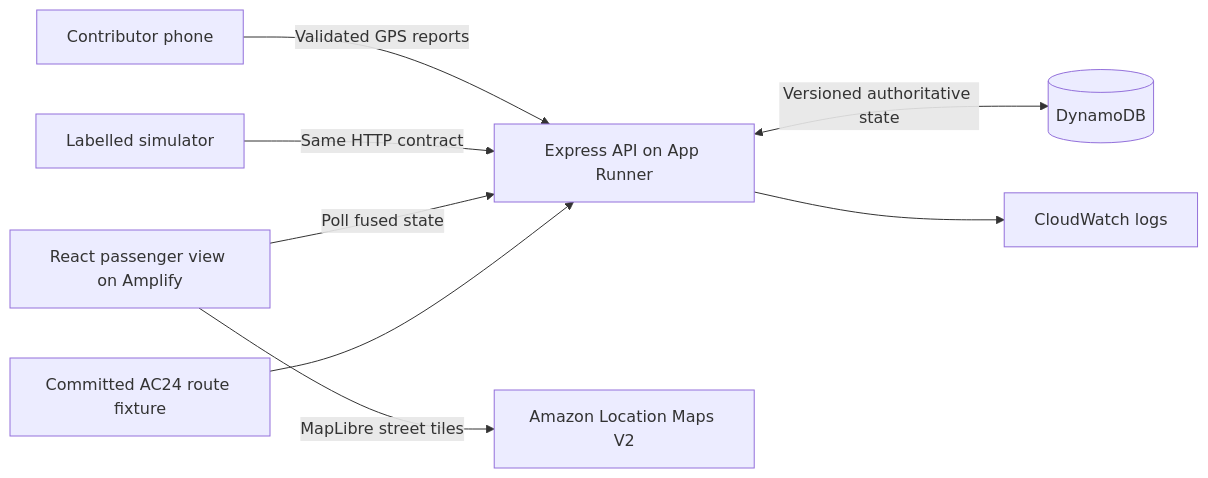
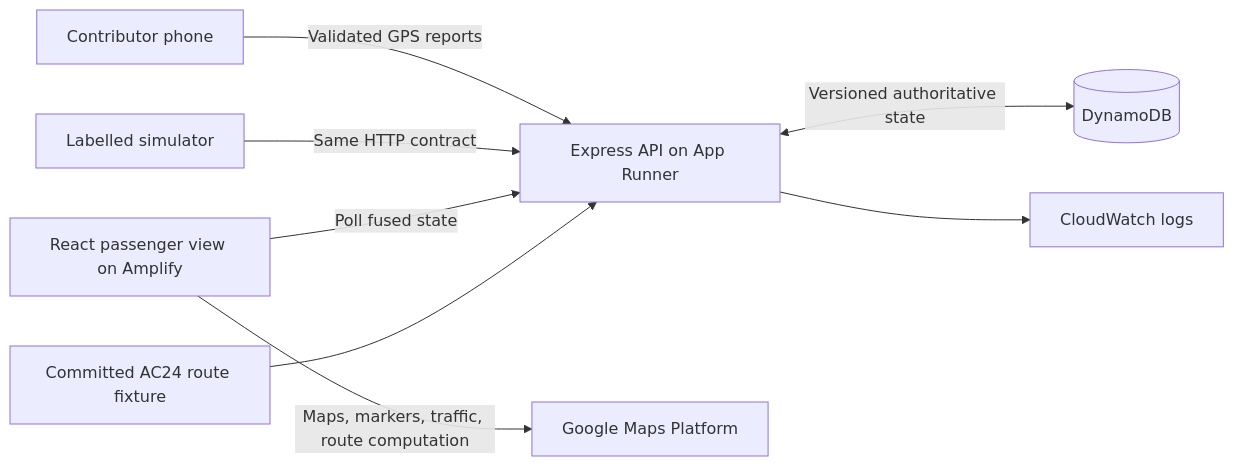
One commit to avigyan-roy/BusKothaye changed the diagram in INSTRUCTIONS.md. Above: the diagram before and after it, drawn with Mermaid. The commit also changed other lines of this file and 12 other files, not shown here.

Commit message:
docs: update documentation and schemas for google maps

````diff
--- a/INSTRUCTIONS.md
+++ b/INSTRUCTIONS.md
@@ -103,10 +104,10 @@
 ```mermaid
 flowchart LR
   PHONE[Contributor phone] -->|Validated GPS reports| API[Express API on App Runner]
   SIM[Labelled simulator] -->|Same HTTP contract| API
   WEB[React passenger view on Amplify] -->|Poll fused state| API
   API <-->|Versioned authoritative state| DB[(DynamoDB)]
-  WEB -->|MapLibre street tiles| MAPS[Amazon Location Maps V2]
+  WEB -->|Maps, markers, traffic, route computation| MAPS[Google Maps Platform]
   API --> LOGS[CloudWatch logs]
   ROUTE[Committed AC24 route fixture] --> API
 ```
````
